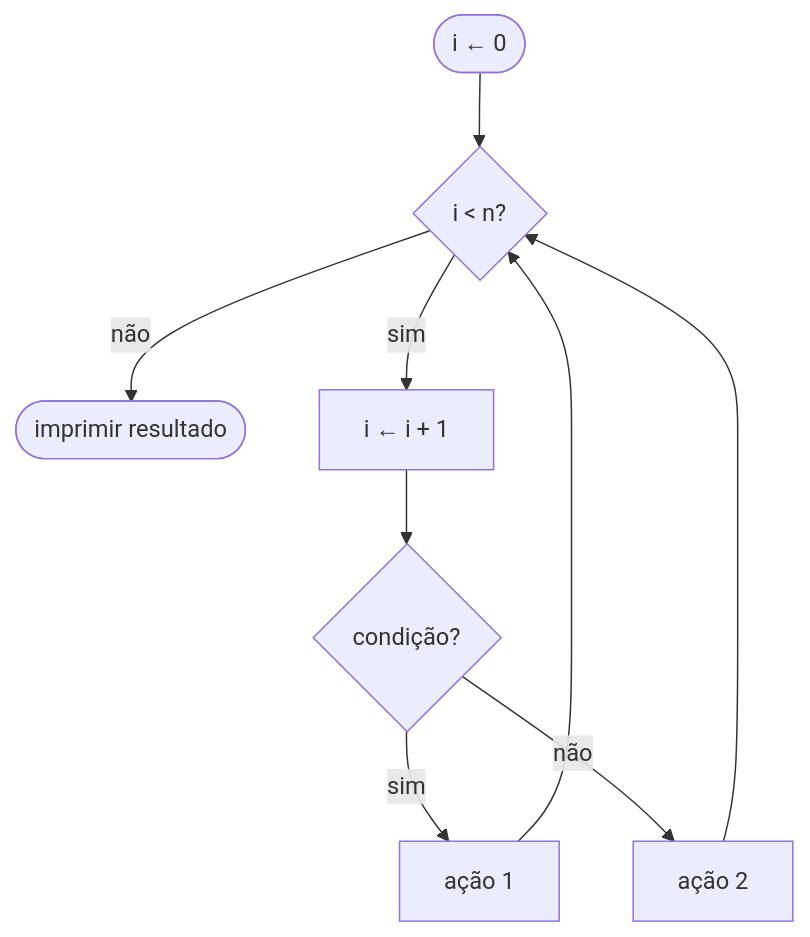
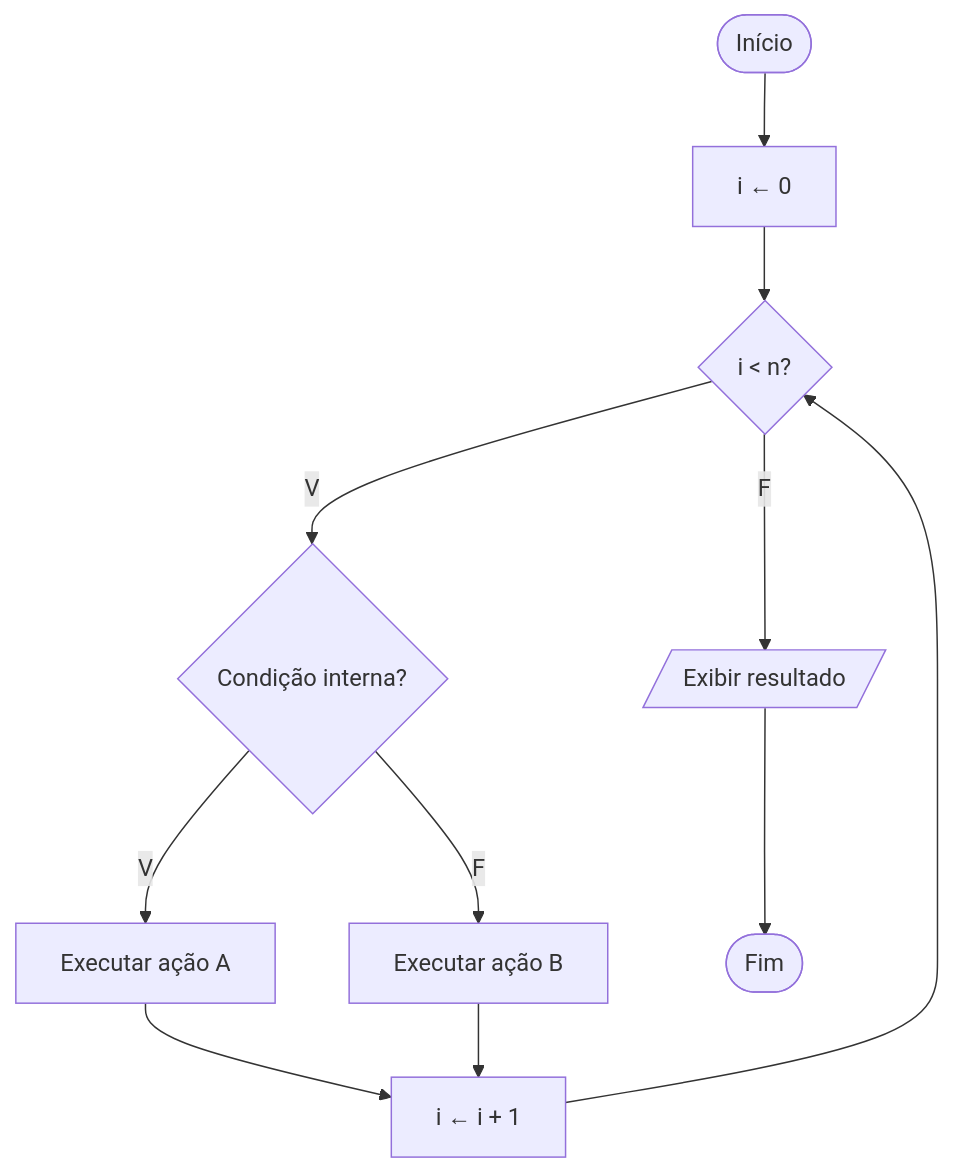
The diagram in content/enade/estruturas-de-dados/algoritmos-e-logica-de-programacao.md (pedrotescaro/Stacklyst), drawn with Mermaid before and after one commit. The commit also changed other lines of this file and 84 other files, not shown here.

Commit message:
feat(enade): redraw study library diagrams

````diff
--- a/content/enade/estruturas-de-dados/algoritmos-e-logica-de-programacao.md
+++ b/content/enade/estruturas-de-dados/algoritmos-e-logica-de-programacao.md
@@ -118,9 +120,13 @@
-```mermaid Fluxograma de "enquanto" com "se" interno
-flowchart TD
-  A([i ← 0]) --> B{i < n?}
-  B -->|não| F([imprimir resultado])
-  B -->|sim| C[i ← i + 1]
-  C --> D{condição?}
-  D -->|sim| E1[ação 1] --> B
-  D -->|não| E2[ação 2] --> B
+```mermaid Laço com teste no início
+flowchart TB
+  I(["Início"]) --> V["i ← 0"]
+  V --> L{"i &lt; n?"}
+  L -->|"V"| D{"Condição interna?"}
+  D -->|"V"| A["Executar ação A"]
+  D -->|"F"| B["Executar ação B"]
+  A --> P["i ← i + 1"]
+  B --> P
+  P --> L
+  L -->|"F"| S[/"Exibir resultado"/]
+  S --> F(["Fim"])
 ```
````
